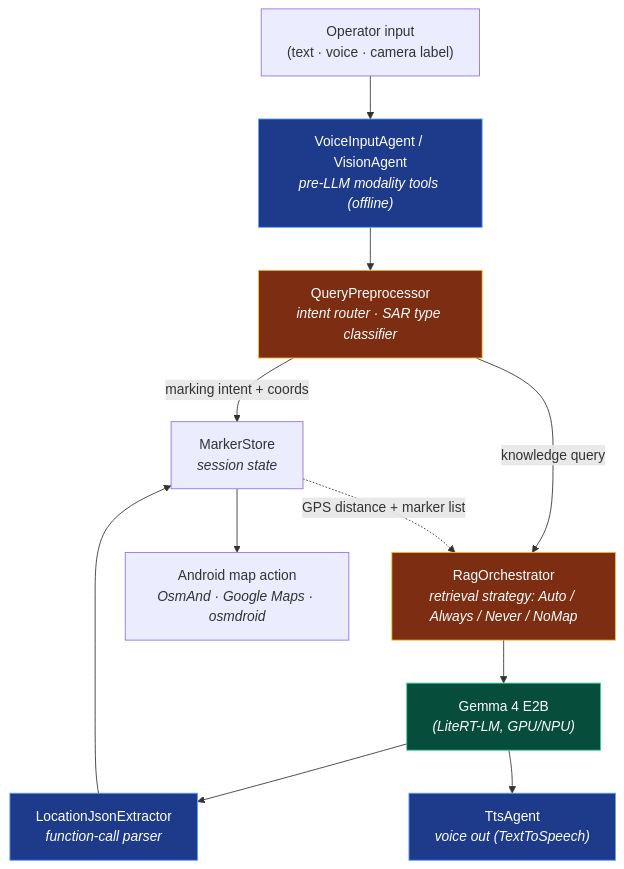
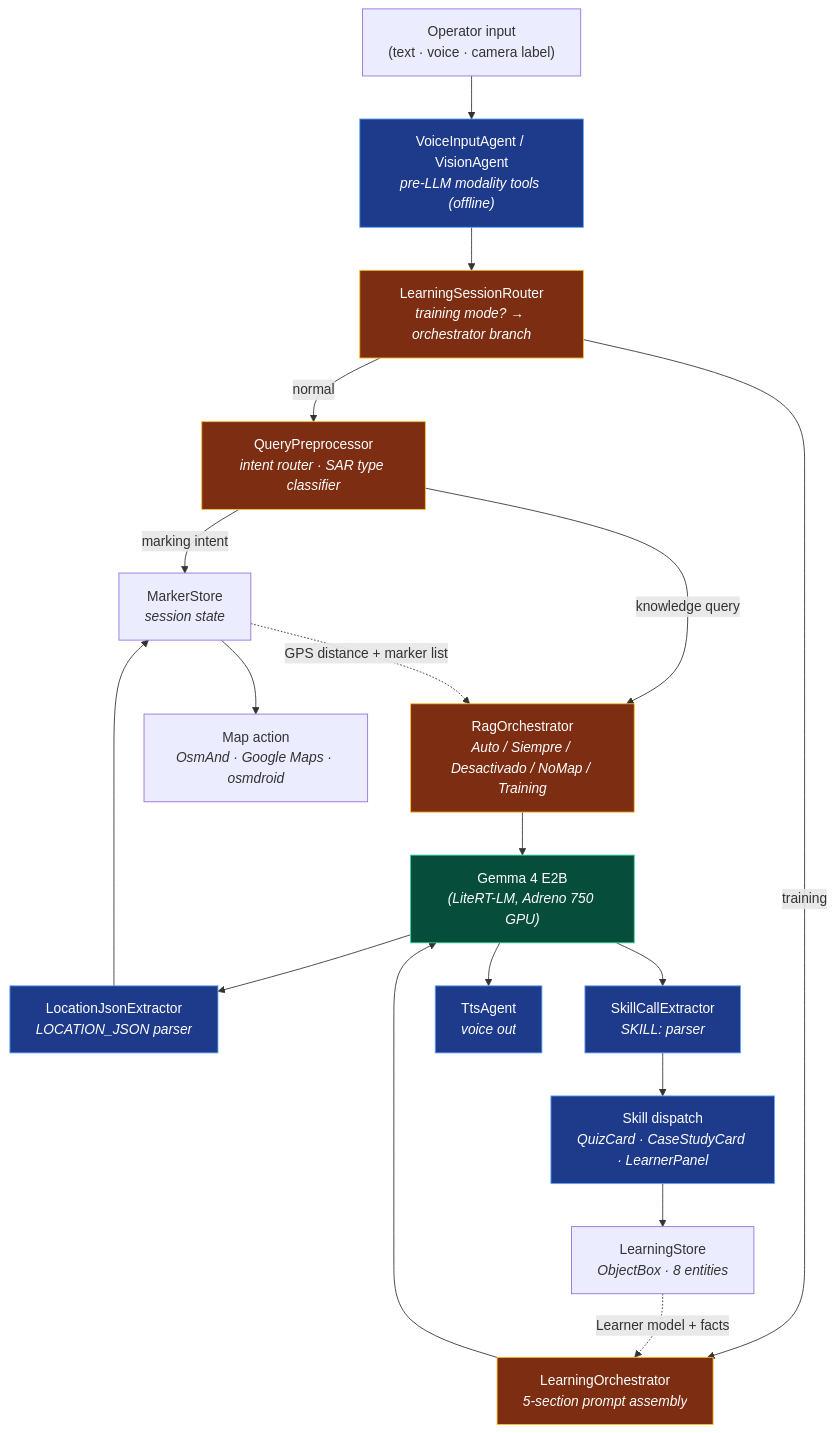
Before and after one commit to alcastaro/edge-rag-sar-kognis-lite: the diagram in README.md, drawn with Mermaid. The commit also changed other lines of this file and 2 other files, not shown here.

First line of the commit message:
docs: rewrite README for submission — 19 agents, 3 tracks, training mode

````diff
--- a/README.md
+++ b/README.md
@@ -85,21 +108,28 @@
 ```mermaid
 flowchart TD
     OP["Operator input<br/>(text · voice · camera label)"] --> MOD
-    MOD["VoiceInputAgent / VisionAgent<br/><i>pre-LLM modality tools (offline)</i>"] --> QPR
-    QPR["QueryPreprocessor<br/><i>intent router · SAR type classifier</i>"] -->|"marking intent + coords"| MARKER
+    MOD["VoiceInputAgent / VisionAgent<br/><i>pre-LLM modality tools (offline)</i>"] --> ROUTER
+    ROUTER["LearningSessionRouter<br/><i>training mode? → orchestrator branch</i>"] -->|"normal"| QPR
+    ROUTER -->|"training"| LO
+    QPR["QueryPreprocessor<br/><i>intent router · SAR type classifier</i>"] -->|"marking intent"| MARKER
     QPR -->|"knowledge query"| RAG
-    RAG["RagOrchestrator<br/><i>retrieval strategy: Auto / Always / Never / NoMap</i>"] --> LLM
-    LLM["Gemma 4 E2B<br/><i>(LiteRT-LM, GPU/NPU)</i>"] --> EXT
-    EXT["LocationJsonExtractor<br/><i>function-call parser</i>"] --> MARKER
+    RAG["RagOrchestrator<br/><i>Auto / Siempre / Desactivado / NoMap / Training</i>"] --> LLM
+    LO["LearningOrchestrator<br/><i>5-section prompt assembly</i>"] --> LLM
+    LLM["Gemma 4 E2B<br/><i>(LiteRT-LM, Adreno 750 GPU)</i>"] --> EXT
+    LLM --> SX["SkillCallExtractor<br/><i>SKILL: parser</i>"]
+    EXT["LocationJsonExtractor<br/><i>LOCATION_JSON parser</i>"] --> MARKER
+    SX --> SK["Skill dispatch<br/><i>QuizCard · CaseStudyCard · LearnerPanel</i>"]
+    SK --> STORE["LearningStore<br/><i>ObjectBox · 8 entities</i>"]
     MARKER["MarkerStore<br/><i>session state</i>"] --> MAP
-    MAP["Android map action<br/><i>OsmAnd · Google Maps · osmdroid</i>"]
-    LLM --> TTS["TtsAgent<br/><i>voice out (TextToSpeech)</i>"]
+    MAP["Map action<br/><i>OsmAnd · Google Maps · osmdroid</i>"]
+    LLM --> TTS["TtsAgent<br/><i>voice out</i>"]
     MARKER -. "GPS distance + marker list" .-> RAG
+    STORE -. "Learner model + facts" .-> LO
 
     classDef tool fill:#1e3a8a,color:#fff,stroke:#60a5fa
     classDef agent fill:#7c2d12,color:#fff,stroke:#fbbf24
     classDef model fill:#064e3b,color:#fff,stroke:#34d399
-    class MOD,EXT,TTS tool
-    class QPR,RAG agent
+    class MOD,EXT,SX,TTS,SK tool
+    class QPR,RAG,LO,ROUTER agent
     class LLM model
 ```
````
